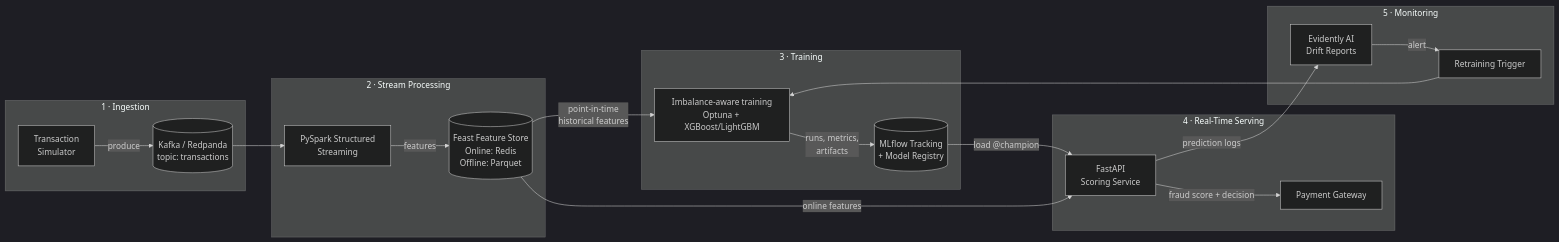
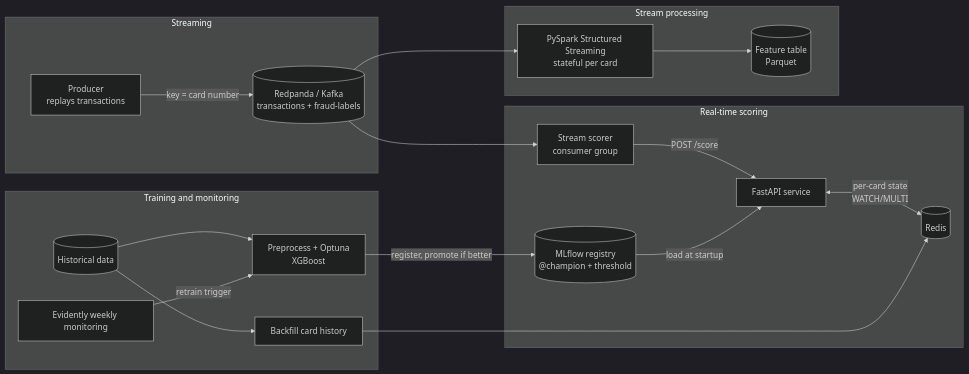
Before and after one commit to Mazadul4x4/Fraud-Detection-Streaming: the diagram in README.md, drawn with Mermaid (dark theme). The commit also changed other lines of this file and 1 other file, not shown here.

Commit message:
docs: final README and model card with measured results

````diff
--- a/README.md
+++ b/README.md
@@ -58,28 +54,25 @@
 ```mermaid
 flowchart LR
-    subgraph Ingestion["1 · Ingestion"]
-        A[Transaction<br/>Simulator] -->|produce| B[(Kafka / Redpanda<br/>topic: transactions)]
+    subgraph Stream["Streaming"]
+        P[Producer<br/>replays transactions] -->|key = card number| K[(Redpanda / Kafka<br/>transactions + fraud-labels)]
     end
 
-    subgraph Processing["2 · Stream Processing"]
-        B --> C[PySpark Structured<br/>Streaming]
-        C -->|features| D[(Feast Feature Store<br/>Online: Redis<br/>Offline: Parquet)]
+    subgraph Online["Real-time scoring"]
+        K --> C[Stream scorer<br/>consumer group]
+        C -->|POST /score| A[FastAPI service]
+        A <-->|per-card state<br/>WATCH/MULTI| R[(Redis)]
+        M[(MLflow registry<br/>@champion + threshold)] -->|load at startup| A
     end
 
-    subgraph Training["3 · Training"]
-        D -->|point-in-time<br/>historical features| E[Imbalance-aware training<br/>Optuna + XGBoost/LightGBM]
-        E -->|runs, metrics,<br/>artifacts| F[(MLflow Tracking<br/>+ Model Registry)]
+    subgraph Features["Stream processing"]
+        K --> S[PySpark Structured Streaming<br/>stateful per card]
+        S --> F[(Feature table<br/>Parquet)]
     end
 
-    subgraph Serving["4 · Real-Time Serving"]
-        F -->|load @champion| G[FastAPI<br/>Scoring Service]
-        D -->|online features| G
-        G -->|fraud score + decision| H[Payment Gateway]
-    end
-
-    subgraph Monitoring["5 · Monitoring"]
-        G -->|prediction logs| I[Evidently AI<br/>Drift Reports]
-        I -->|alert| J[Retraining Trigger]
-        J --> E
+    subgraph Offline["Training and monitoring"]
+        D[(Historical data)] --> T[Preprocess + Optuna<br/>XGBoost]
+        T -->|register, promote if better| M
+        D --> B[Backfill card history] --> R
+        W[Evidently weekly monitoring] -->|retrain trigger| T
     end
 ```
````
